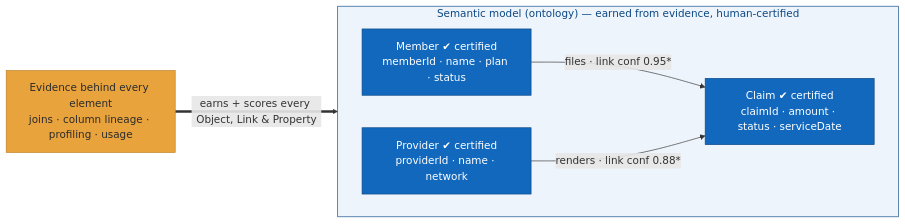
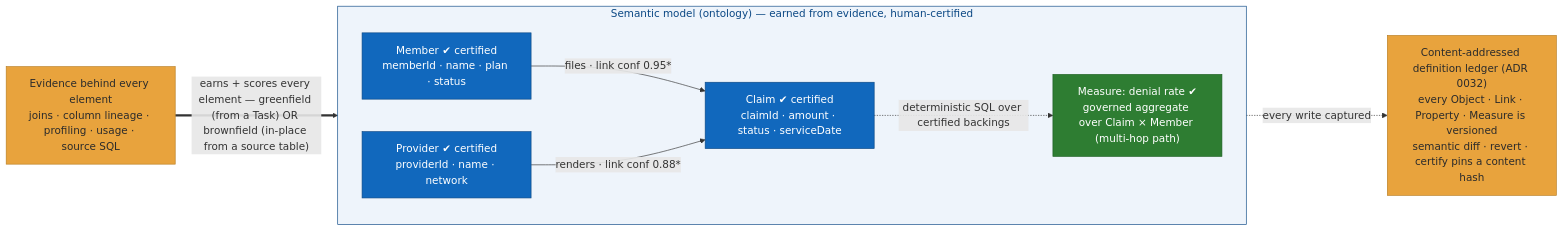
Before and after one commit to numan98khan/datadex-architecture: the seventh of 20 diagrams in MERMAID.md, drawn with Mermaid. The commit also changed other lines of this file and 3 other files, not shown here.

First line of the commit message:
docs: refresh architecture mirror for the current platform state

````diff
--- a/MERMAID.md
+++ b/MERMAID.md
@@ -215,17 +275,22 @@
 ```mermaid
 flowchart LR
-  ev["Evidence behind every element<br/>joins · column lineage · profiling · usage"]:::ev
+  ev["Evidence behind every element<br/>joins · column lineage · profiling · usage · source SQL"]:::ev
   subgraph model["Semantic model (ontology) — earned from evidence, human-certified"]
     direction LR
     member["Member ✔ certified<br/>memberId · name · plan · status"]:::obj
     claim["Claim ✔ certified<br/>claimId · amount · status · serviceDate"]:::obj
     provider["Provider ✔ certified<br/>providerId · name · network"]:::obj
+    measure["Measure: denial rate ✔<br/>governed aggregate over Claim × Member (multi-hop path)"]:::measure
     member -->|"files · link conf 0.95*"| claim
     provider -->|"renders · link conf 0.88*"| claim
+    claim -.->|"deterministic SQL over certified backings"| measure
   end
-  ev ==>|"earns + scores every Object, Link & Property"| model
+  ledger["Content-addressed definition ledger (ADR 0032)<br/>every Object · Link · Property · Measure is versioned<br/>semantic diff · revert · certify pins a content hash"]:::ev
+  ev ==>|"earns + scores every element — greenfield (from a Task) OR brownfield (in-place from a source table)"| model
+  model -.->|"every write captured"| ledger
 
   classDef obj fill:#1168bd,stroke:#0b4884,color:#fff;
+  classDef measure fill:#2e7d32,stroke:#1b5e20,color:#fff;
   classDef ev fill:#e8a33d,stroke:#b97e22,color:#2b2b2b;
   style model fill:#eef4fb,stroke:#0b4884,color:#0b4884
 ```
````
